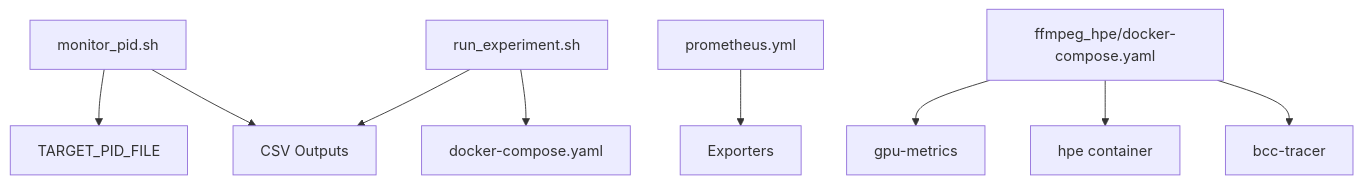
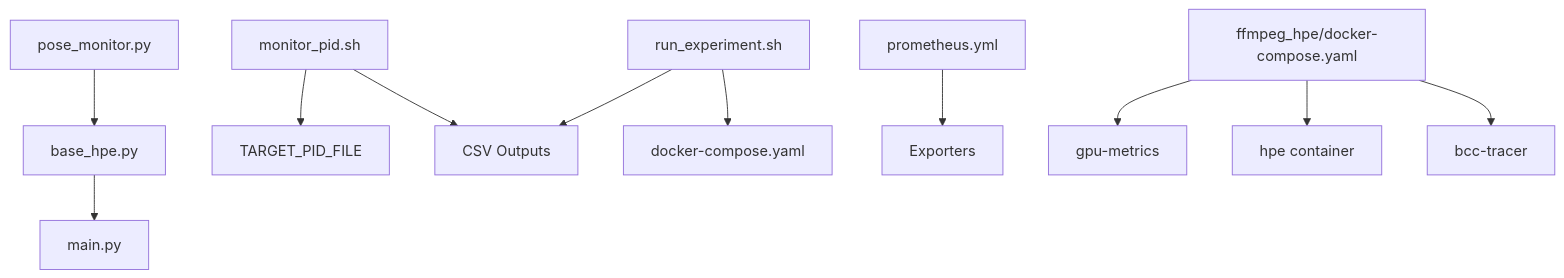
The ninth of 9 diagrams in .qoder/repowiki/en/content/Monitoring and Analytics/Monitoring and Analytics.md (Fogus-Gr/MeasurementsDTs), drawn with Mermaid before and after one commit. The commit also changed other lines of this file and 8 other files, not shown here.

````diff
--- a/.qoder/repowiki/en/content/Monitoring and Analytics/Monitoring and Analytics.md
+++ b/.qoder/repowiki/en/content/Monitoring and Analytics/Monitoring and Analytics.md
@@ -274,11 +391,13 @@
 ```mermaid
 graph TB
+PM["pose_monitor.py"] --> BH["base_hpe.py"]
+BH --> MF["main.py"]
 MP["monitor_pid.sh"] --> PIDF["TARGET_PID_FILE"]
 MP --> CSV["CSV Outputs"]
 RE["run_experiment.sh"] --> DC["docker-compose.yaml"]
 RE --> CSV
 PR["prometheus.yml"] --> EXP["Exporters"]
 FH["ffmpeg_hpe/docker-compose.yaml"] --> GM["gpu-metrics"]
 FH --> HPE["hpe container"]
 FH --> TR["bcc-tracer"]
 ```
````
